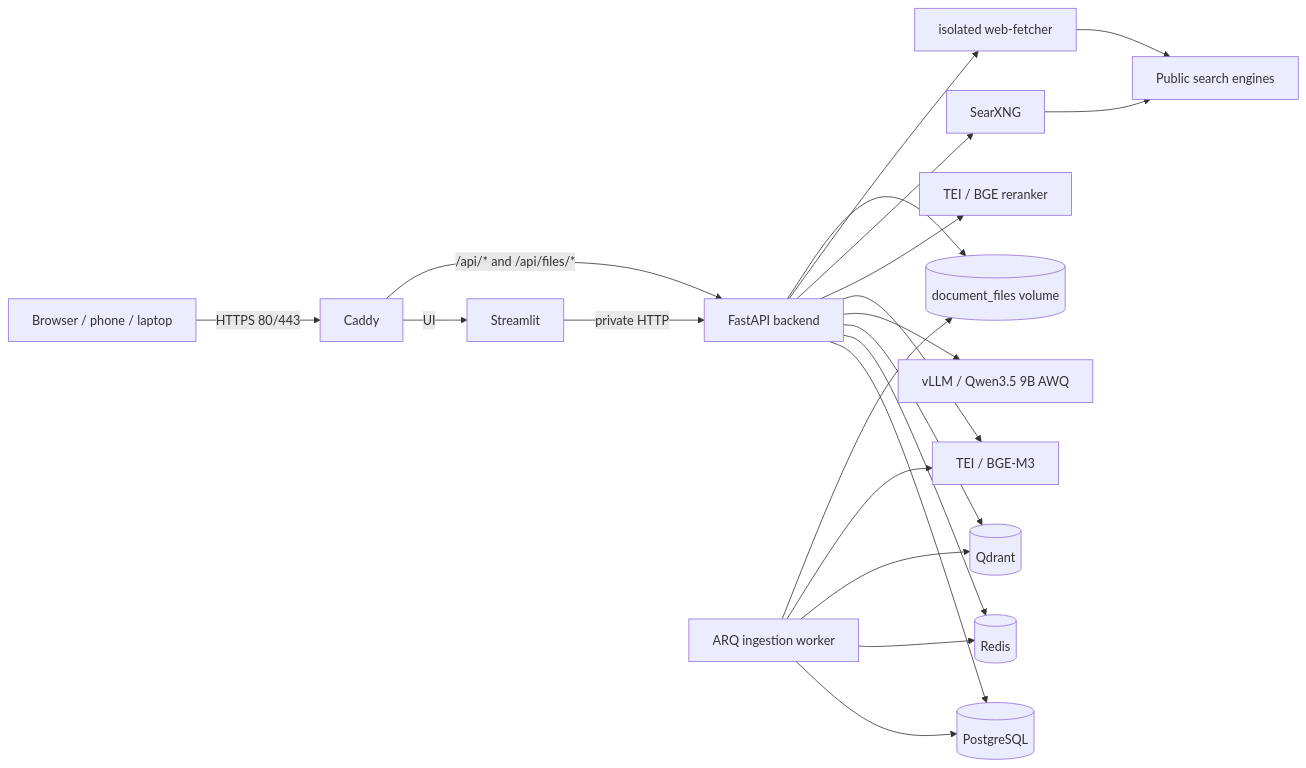
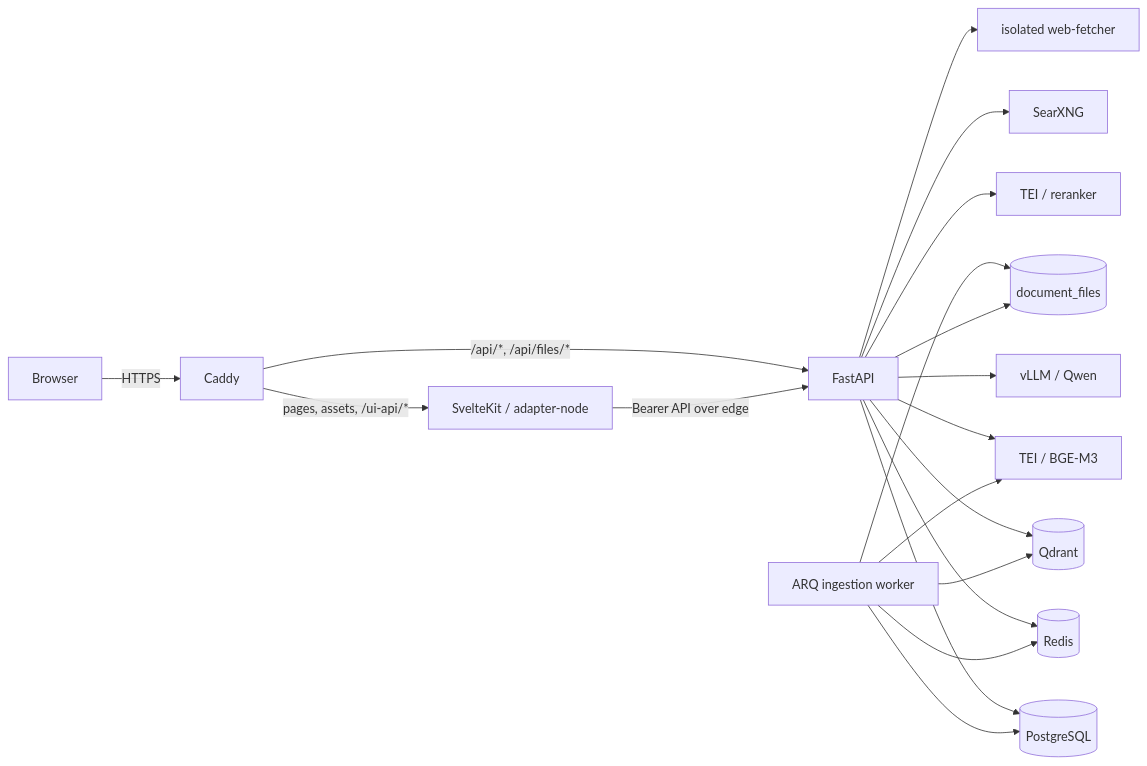
Before and after one commit to gkizildogan/etoeragcb: the first of 2 diagrams in architecture.md, drawn with Mermaid. The commit also changed other lines of this file and 97 other files, not shown here.

Commit message:
P12 Streamlit to SvelteKit migration

````diff
--- a/architecture.md
+++ b/architecture.md
@@ -45,26 +13,23 @@
 ```mermaid
 flowchart LR
-    Browser["Browser / phone / laptop"] -->|HTTPS 80/443| Caddy
-    Caddy -->|UI| Streamlit
-    Caddy -->|/api/* and /api/files/*| API["FastAPI backend"]
-    Streamlit -->|private HTTP| API
+    Browser -->|HTTPS| Caddy
+    Caddy -->|pages, assets, /ui-api/*| Frontend["SvelteKit / adapter-node"]
+    Caddy -->|/api/*, /api/files/*| API["FastAPI"]
+    Frontend -->|Bearer API over edge| API
 
     API --> PG[(PostgreSQL)]
     API --> Redis[(Redis)]
     API --> Qdrant[(Qdrant)]
-    API --> VLLM["vLLM / Qwen3.5 9B AWQ"]
+    API --> VLLM["vLLM / Qwen"]
     API --> Embed["TEI / BGE-M3"]
-    API --> Rerank["TEI / BGE reranker"]
+    API --> Rerank["TEI / reranker"]
     API --> Searx["SearXNG"]
     API --> Fetcher["isolated web-fetcher"]
 
     Worker["ARQ ingestion worker"] --> PG
     Worker --> Redis
     Worker --> Qdrant
     Worker --> Embed
-    Worker --> Files[(document_files volume)]
+    Worker --> Files[(document_files)]
     API --> Files
-
-    Searx --> Internet["Public search engines"]
-    Fetcher --> Internet
 ```
````
